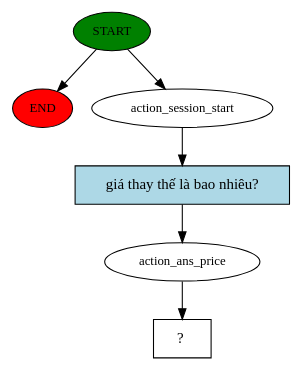
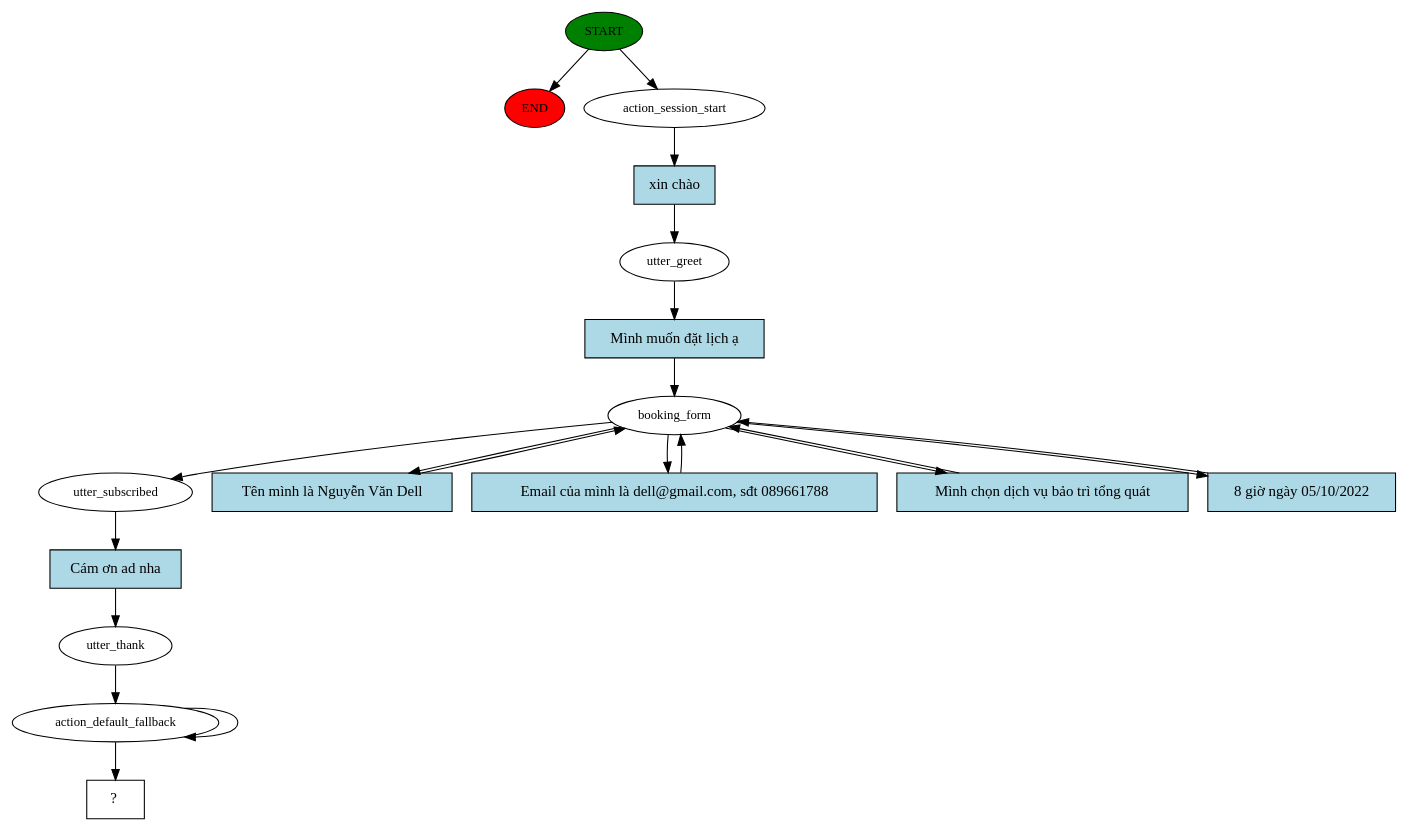
Before and after one commit to Lamquocminhhuy/Chatbot: the diagram in story_graph.dot, drawn with Graphviz. The commit also changed 11 other files, not shown here.

```diff
--- a/story_graph.dot
+++ b/story_graph.dot
@@ -1,13 +1,38 @@
 digraph  {
 0 [class="start active", fillcolor=green, fontsize=12, label=START, style=filled];
 "-1" [class=end, fillcolor=red, fontsize=12, label=END, style=filled];
 1 [class=active, fontsize=12, label=action_session_start];
-2 [class=active, fontsize=12, label=action_ans_price];
-3 [class="intent dashed active", label="  ?  ", shape=rect];
-4 [class="intent active", fillcolor=lightblue, label="giá thay thế là bao nhiêu?", shape=rect, style=filled];
+2 [class=active, fontsize=12, label=utter_greet];
+3 [class=active, fontsize=12, label=booking_form];
+8 [class=active, fontsize=12, label=utter_subscribed];
+9 [class=active, fontsize=12, label=utter_thank];
+10 [class=active, fontsize=12, label=action_default_fallback];
+12 [class="intent dashed active", label="  ?  ", shape=rect];
+13 [class="intent active", fillcolor=lightblue, label="xin chào", shape=rect, style=filled];
+14 [class="intent active", fillcolor=lightblue, label="Mình muốn đặt lịch ạ", shape=rect, style=filled];
+15 [class="intent active", fillcolor=lightblue, label="Tên mình là Nguyễn Văn Dell", shape=rect, style=filled];
+16 [class="intent active", fillcolor=lightblue, label="Email của mình là dell@gmail.com, sđt 089661788", shape=rect, style=filled];
+17 [class="intent active", fillcolor=lightblue, label="Mình chọn dịch vụ bảo trì tổng quát", shape=rect, style=filled];
+18 [class="intent active", fillcolor=lightblue, label="8 giờ ngày 05/10/2022", shape=rect, style=filled];
+19 [class="intent active", fillcolor=lightblue, label="Cám ơn ad nha", shape=rect, style=filled];
 0 -> "-1"  [class="", key=NONE, label=""];
 0 -> 1  [class=active, key=NONE, label=""];
-1 -> 4  [class=active, key=0];
-2 -> 3  [class=active, key=NONE, label=""];
-4 -> 2  [class=active, key=0];
+1 -> 13  [class=active, key=0];
+2 -> 14  [class=active, key=0];
+3 -> 8  [class=active, key=NONE, label=""];
+3 -> 15  [class=active, key=0];
+3 -> 16  [class=active, key=0];
+3 -> 17  [class=active, key=0];
+3 -> 18  [class=active, key=0];
+8 -> 19  [class=active, key=0];
+9 -> 10  [class=active, key=NONE, label=""];
+10 -> 12  [class=active, key=NONE, label=""];
+10 -> 10  [class=active, key=NONE, label=""];
+13 -> 2  [class=active, key=0];
+14 -> 3  [class=active, key=0];
+15 -> 3  [class=active, key=0];
+16 -> 3  [class=active, key=0];
+17 -> 3  [class=active, key=0];
+18 -> 3  [class=active, key=0];
+19 -> 9  [class=active, key=0];
 }
```
